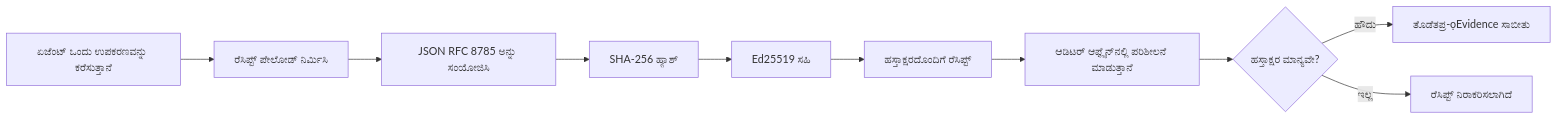
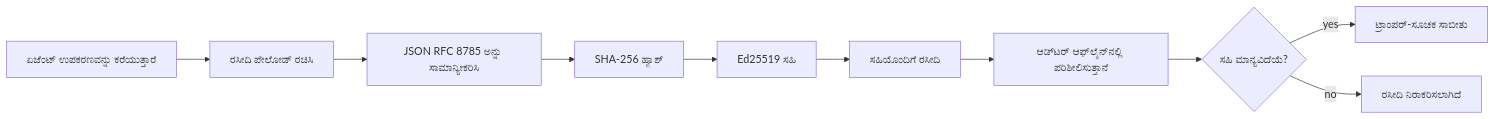
One commit to gabrielmoreira/agent-skills-mirror changed the first of 2 diagrams in mirrors/repos/microsoft@ai-agents-for-beginners/translations/kn/18-securing-ai-agents/README.md. Above: the diagram before and after it, drawn with Mermaid. The commit also changed other lines of this file and 4482 other files, not shown here.

````diff
--- a/mirrors/repos/microsoft@ai-agents-for-beginners/translations/kn/18-securing-ai-agents/README.md
+++ b/mirrors/repos/microsoft@ai-agents-for-beginners/translations/kn/18-securing-ai-agents/README.md
@@ -51,12 +51,12 @@
 ```mermaid
 flowchart LR
-    A[ಏಜೆಂಟ್ ಒಂದು ಉಪಕರಣವನ್ನು ಕರೆಸುತ್ತಾನೆ] --> B[ರೆಸಿಪ್ಟ್ ಪೇಲೋಡ್ ನಿರ್ಮಿಸಿ]
-    B --> C[JSON RFC 8785 ಅನ್ನು ಸಂಯೋಜಿಸಿ]
+    A[ಏಜೆಂಟ್ ಉಪಕರಣವನ್ನು ಕರೆಯುತ್ತಾರೆ] --> B[ರಸೀದಿ ಪೇಲೋಡ್ ರಚಿಸಿ]
+    B --> C[JSON RFC 8785 ಅನ್ನು ಸಾಮಾನ್ಯೀಕರಿಸಿ]
     C --> D[SHA-256 ಹ್ಯಾಶ್]
     D --> E[Ed25519 ಸಹಿ]
-    E --> F[ಹಸ್ತಾಕ್ಷರದೊಂದಿಗೆ ರೆಸಿಪ್ಟ್]
-    F --> G[ಆಡಿಟರ್ ಆಫ್ಲೈನ್‌ನಲ್ಲಿ ಪರಿಶೀಲನೆ ಮಾಡುತ್ತಾನೆ]
-    G --> H{ಹಸ್ತಾಕ್ಷರ ಮಾನ್ಯವೇ?}
-    H -- ಹೌದು --> I[ತೊಡೆತಪ್ರ-ọEvidence ಸಾಬೀತು]
-    H -- ಇಲ್ಲ --> J[ರೆಸಿಪ್ಟ್ ನಿರಾಕರಿಸಲಾಗಿದೆ]
+    E --> F[ಸಹಿಯೊಂದಿಗೆ ರಸೀದಿ]
+    F --> G[ಆಡಿ್ಟರ್ ಆಫ್‌ಲೈನ್‌ನಲ್ಲಿ ಪರಿಶೀಲಿಸುತ್ತಾನೆ]
+    G --> H{ಸಹಿ ಮಾನ್ಯವಿದೆಯೆ?}
+    H -- yes --> I[ಟ್ರಾಂಪರ್-ಸೂಚಕ ಸಾಬೀತು]
+    H -- no --> J[ರಸೀದಿ ನಿರಾಕರಿಸಲಾಗಿದೆ]
 ```
````
